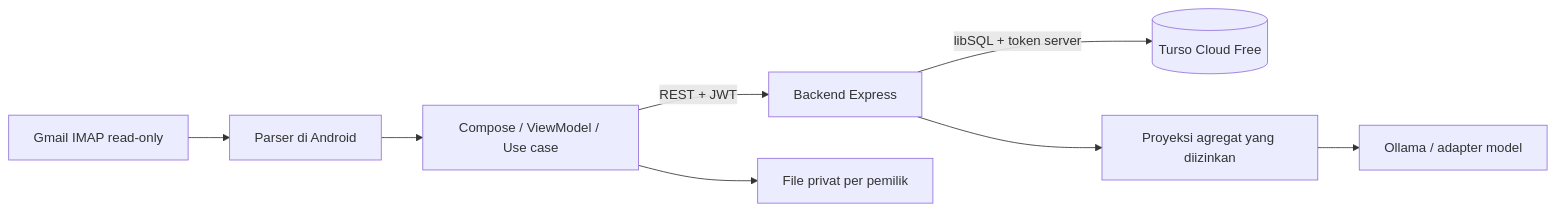
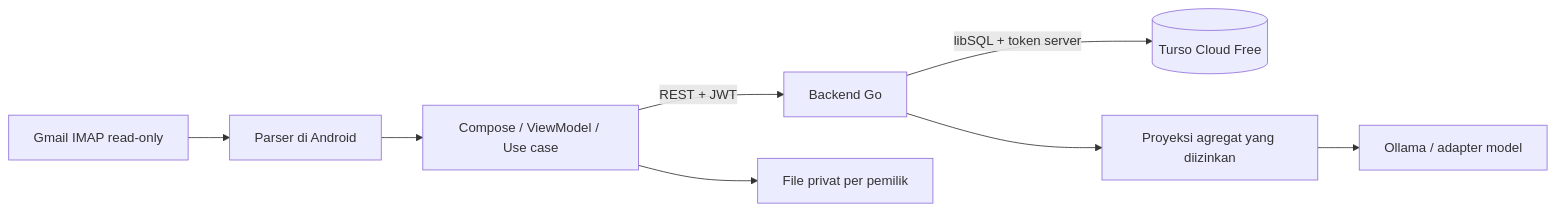
The first of 2 diagrams in docs/10_MIGRASI_PEDOMAN.md (NDI05/0037_FinancialMobile), drawn with Mermaid before and after one commit. The commit also changed other lines of this file and 8 other files, not shown here.

````diff
--- a/docs/10_MIGRASI_PEDOMAN.md
+++ b/docs/10_MIGRASI_PEDOMAN.md
@@ -26,10 +26,10 @@
 ```mermaid
 flowchart LR
     Gmail[Gmail IMAP read-only] --> Parser[Parser di Android]
     Parser --> App[Compose / ViewModel / Use case]
-    App -->|REST + JWT| API[Backend Express]
+    App -->|REST + JWT| API[Backend Go]
     API -->|libSQL + token server| DB[(Turso Cloud Free)]
     App --> Files[File privat per pemilik]
     API --> Projection[Proyeksi agregat yang diizinkan]
     Projection --> LLM[Ollama / adapter model]
 ```
````
